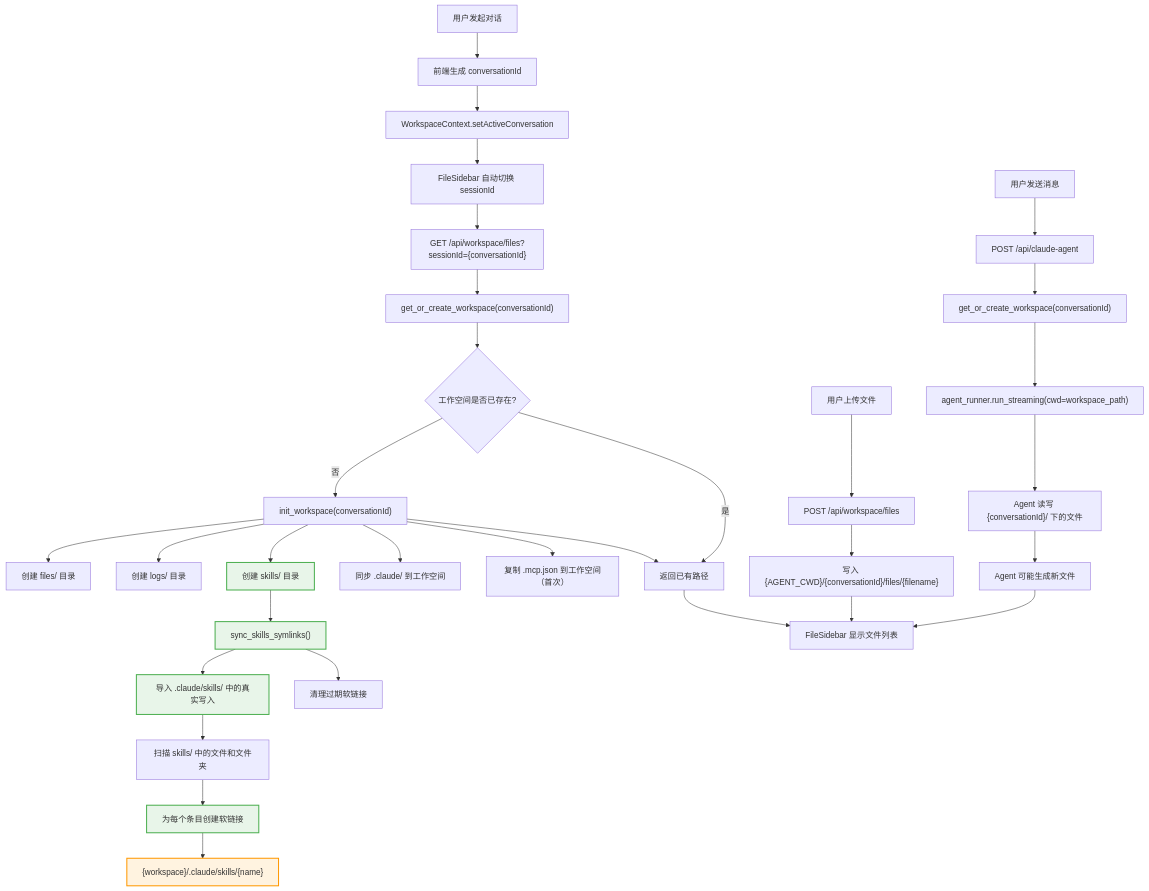
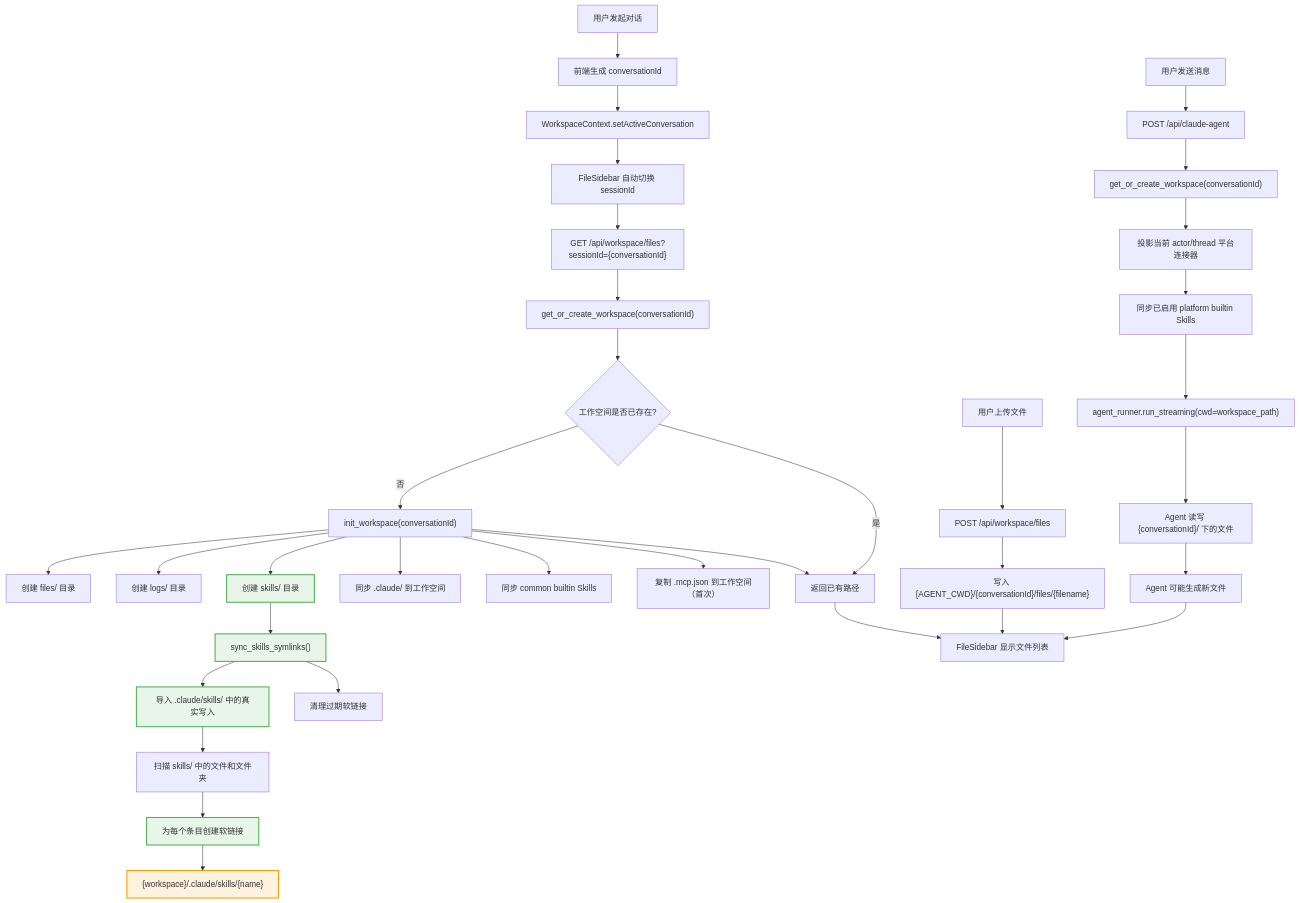
One commit to glide-the/im-dream changed the first of 4 diagrams in docs/design/workspace/workspace-skills-flow.md. Above: the diagram before and after it, drawn with Mermaid. The commit also changed other lines of this file and 58 other files, not shown here.

Commit message:
feat(skills): add platform builtin packages

````diff
--- a/docs/design/workspace/workspace-skills-flow.md
+++ b/docs/design/workspace/workspace-skills-flow.md
@@ -16,45 +19,48 @@
 ```mermaid
 flowchart TD
     A[用户发起对话] --> B[前端生成 conversationId]
     B --> C[WorkspaceContext.setActiveConversation]
     C --> D[FileSidebar 自动切换 sessionId]
 
     D --> E["GET /api/workspace/files?sessionId={conversationId}"]
     E --> F["get_or_create_workspace(conversationId)"]
     F --> G{工作空间是否已存在?}
     G -- 否 --> H["init_workspace(conversationId)"]
     G -- 是 --> I[返回已有路径]
 
     H --> H1["创建 files/ 目录"]
     H --> H2["创建 logs/ 目录"]
     H --> H3["创建 skills/ 目录"]
     H --> H4["同步 .claude/ 到工作空间"]
+    H --> H4A["同步 common builtin Skills"]
     H --> H5["复制 .mcp.json 到工作空间（首次）"]
     H3 --> H6["sync_skills_symlinks()"]
     H6 --> H6A["导入 .claude/skills/ 中的真实写入"]
     H6A --> H7["扫描 skills/ 中的文件和文件夹"]
     H7 --> H8["为每个条目创建软链接"]
     H8 --> H9["{workspace}/.claude/skills/{name}"]
     H6 --> H10["清理过期软链接"]
 
     H --> I
 
     I --> J[FileSidebar 显示文件列表]
 
     K[用户上传文件] --> L["POST /api/workspace/files"]
     L --> M["写入 {AGENT_CWD}/{conversationId}/files/{filename}"]
     M --> J
 
     N[用户发送消息] --> O["POST /api/claude-agent"]
     O --> P["get_or_create_workspace(conversationId)"]
-    P --> Q["agent_runner.run_streaming(cwd=workspace_path)"]
+    P --> P1["投影当前 actor/thread 平台连接器"]
+    P1 --> P2["同步已启用 platform builtin Skills"]
+    P2 --> Q["agent_runner.run_streaming(cwd=workspace_path)"]
     Q --> R["Agent 读写 {conversationId}/ 下的文件"]
     R --> S["Agent 可能生成新文件"]
     S --> J
 
     style H3 fill:#e8f5e9,stroke:#4caf50,stroke-width:2px
     style H6 fill:#e8f5e9,stroke:#4caf50,stroke-width:2px
     style H6A fill:#e8f5e9,stroke:#4caf50,stroke-width:2px
     style H8 fill:#e8f5e9,stroke:#4caf50,stroke-width:2px
     style H9 fill:#fff3e0,stroke:#ff9800,stroke-width:2px
 ```
````
